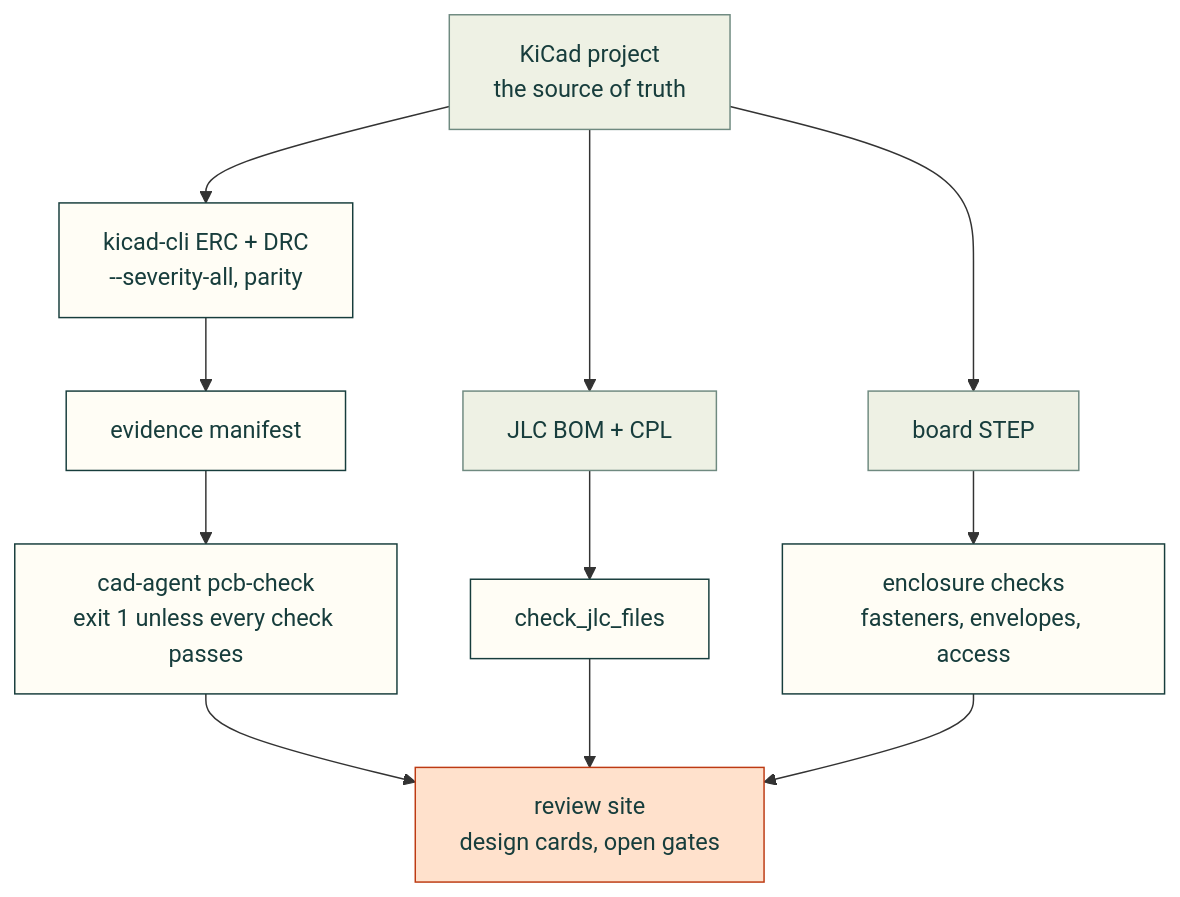
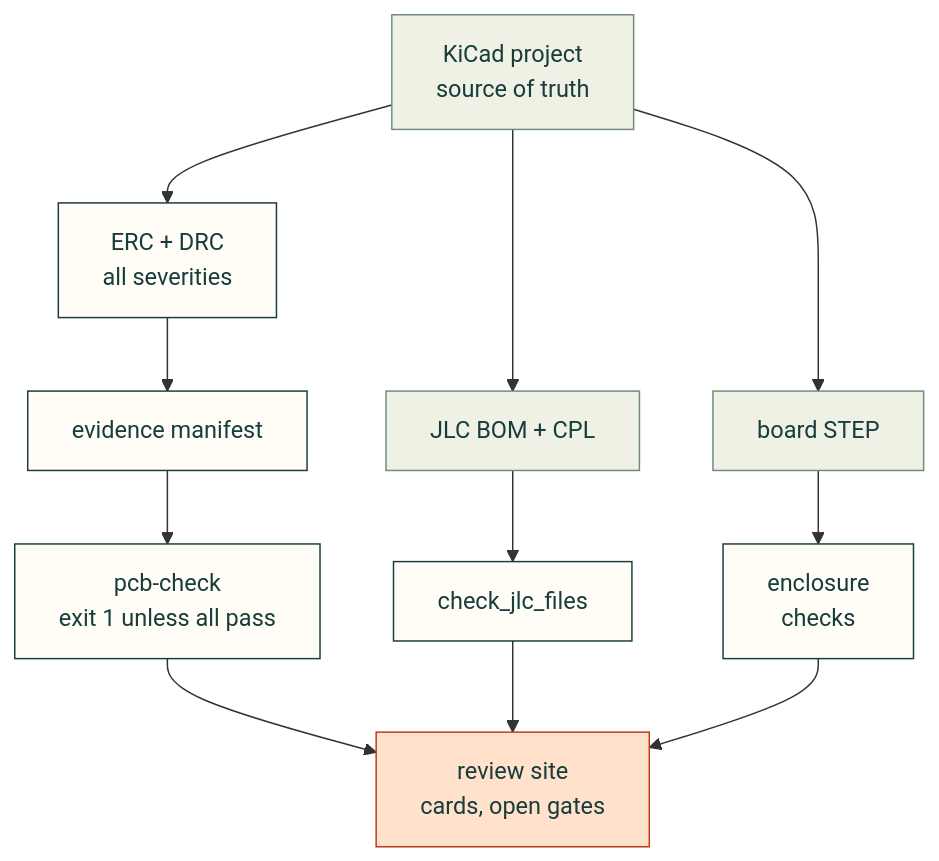
One commit to Valpatel/cad-agent changed the diagram in docs/pcb.md. Above: the diagram before and after it, drawn with Mermaid. The commit also changed 5 other files, not shown here.

Commit message:
Docs: diagrams fit the 650 px column at 1100 px wide

````diff
--- a/docs/pcb.md
+++ b/docs/pcb.md
@@ -5,16 +5,16 @@
 ```mermaid
 flowchart TD
-    K["KiCad project<br/>the source of truth"] --> E["kicad-cli ERC + DRC<br/>--severity-all, parity"]
+    K["KiCad project<br/>source of truth"] --> E["ERC + DRC<br/>all severities"]
     K --> J["JLC BOM + CPL"]
     K --> S["board STEP"]
-    E --> M["evidence manifest"] --> C["cad-agent pcb-check<br/>exit 1 unless every check passes"]
+    E --> M["evidence manifest"] --> C["pcb-check<br/>exit 1 unless all pass"]
     J --> JC["check_jlc_files"]
-    S --> En["enclosure checks<br/>fasteners, envelopes, access"]
-    C & JC & En --> R["review site<br/>design cards, open gates"]
+    S --> En["enclosure<br/>checks"]
+    C & JC & En --> R["review site<br/>cards, open gates"]
     classDef here fill:#fffdf5,stroke:#173d3c,color:#173d3c
     classDef near fill:#eef1e4,stroke:#6f8a80,color:#173d3c
     classDef out fill:#ffe1cc,stroke:#bd3a12,color:#173d3c
     class E,M,C,JC,En here
     class K,J,S near
     class R out
 ```
````
